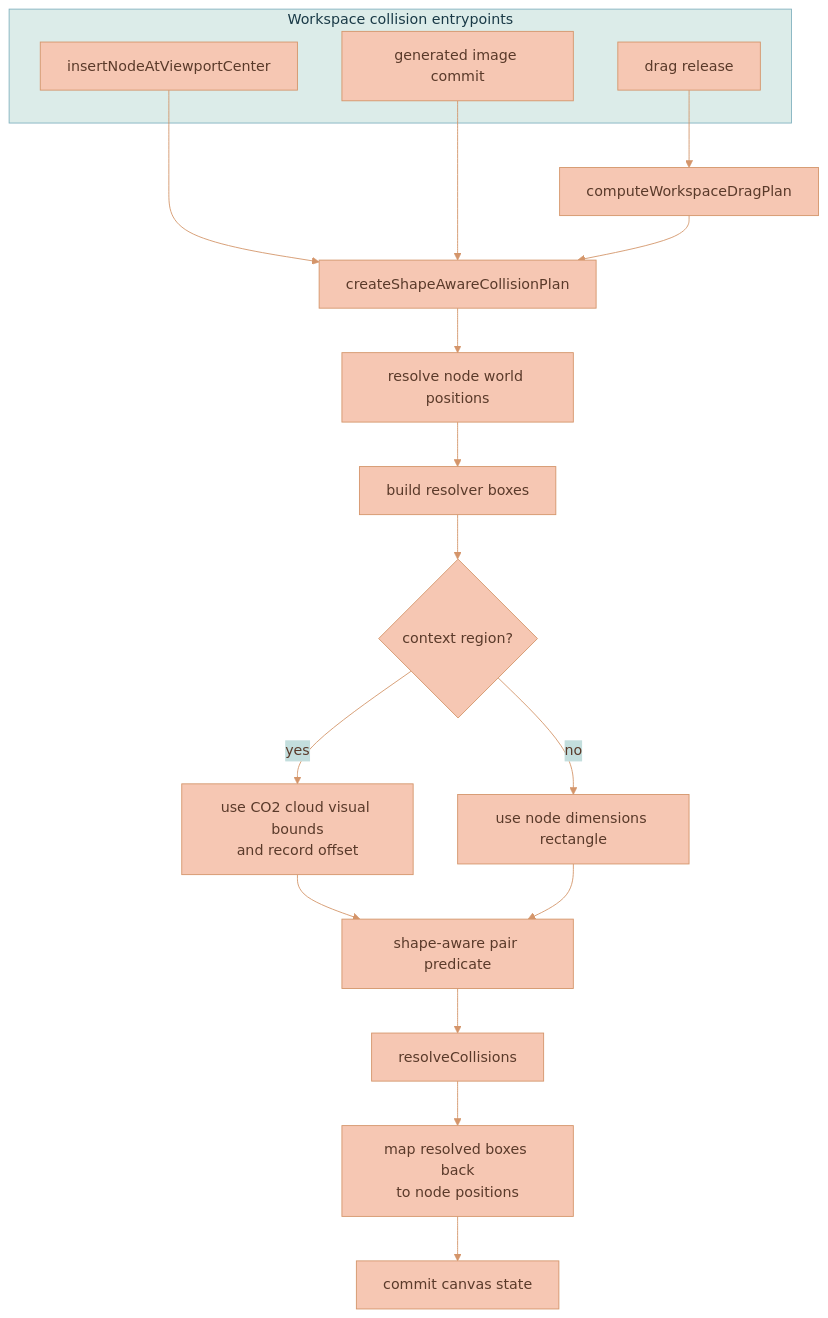
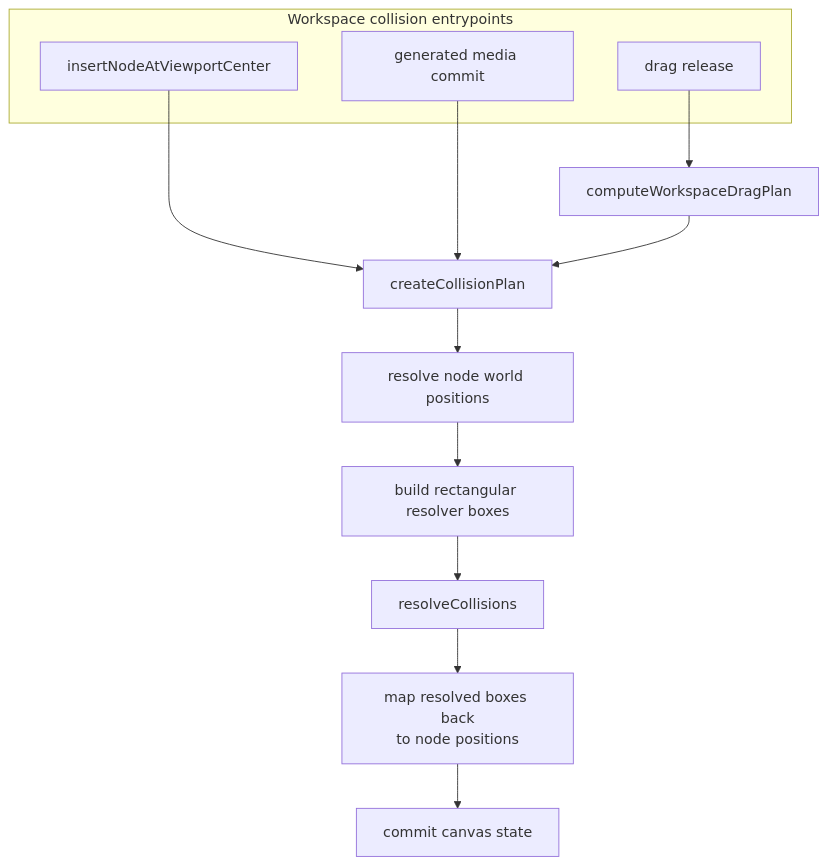
Before and after one commit to Lixpi/lixpi: the diagram in documentation/features/CANVAS-COLLISION-RESOLUTION.md, drawn with Mermaid. The commit also changed other lines of this file and 50 other files, not shown here.

````diff
--- a/documentation/features/CANVAS-COLLISION-RESOLUTION.md
+++ b/documentation/features/CANVAS-COLLISION-RESOLUTION.md
@@ -18,25 +24,19 @@
 ```mermaid
-%%{init: {'theme': 'base', 'themeVariables': { 'primaryColor': '#F6C7B3', 'primaryTextColor': '#5a3a2a', 'primaryBorderColor': '#d4956a', 'secondaryColor': '#C3DEDD', 'secondaryTextColor': '#1a3a47', 'secondaryBorderColor': '#4a8a9d', 'tertiaryColor': '#DCECE9', 'tertiaryTextColor': '#1a3a47', 'tertiaryBorderColor': '#82B2C0', 'lineColor': '#d4956a', 'textColor': '#5a3a2a'}}}%%
 flowchart TB
     subgraph Entrypoints[Workspace collision entrypoints]
         Insert[insertNodeAtViewportCenter]
-        Generated[generated image commit]
+        Generated[generated media commit]
         DragRelease[drag release]
     end
 
-    Insert --> Plan[createShapeAwareCollisionPlan]
+    Insert --> Plan[createCollisionPlan]
     Generated --> Plan
     DragRelease --> DragPlan[computeWorkspaceDragPlan]
     DragPlan --> Plan
 
     Plan --> World[resolve node world positions]
-    World --> Boxes[build resolver boxes]
-    Boxes --> Cloud{context region?}
-    Cloud -->|yes| CloudBounds[use CO2 cloud visual bounds<br/>and record offset]
-    Cloud -->|no| RectBox[use node dimensions rectangle]
-    CloudBounds --> Predicate[shape-aware pair predicate]
-    RectBox --> Predicate
-    Predicate --> Resolver[resolveCollisions]
+    World --> Boxes[build rectangular resolver boxes]
+    Boxes --> Resolver[resolveCollisions]
     Resolver --> Remap[map resolved boxes back<br/>to node positions]
     Remap --> Commit[commit canvas state]
 ```
````
